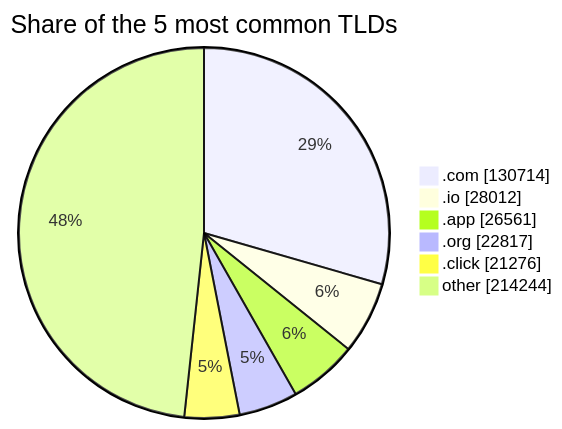
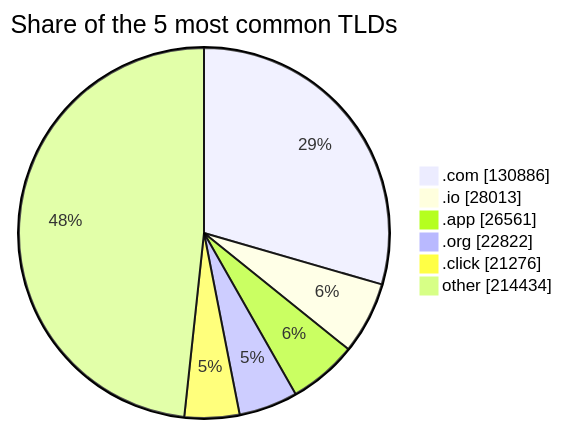
Before and after one commit to DNSBunker/CTI: the third of 3 diagrams in README.md, drawn with Mermaid. The commit also changed other lines of this file and 3 other files, not shown here.

````diff
--- a/README.md
+++ b/README.md
@@ -81,9 +81,9 @@
 ```mermaid
 pie showData title Share of the 5 most common TLDs
-    ".com" : 130714
-    ".io" : 28012
+    ".com" : 130886
+    ".io" : 28013
     ".app" : 26561
-    ".org" : 22817
+    ".org" : 22822
     ".click" : 21276
-    "other" : 214244
+    "other" : 214434
 ```
````
